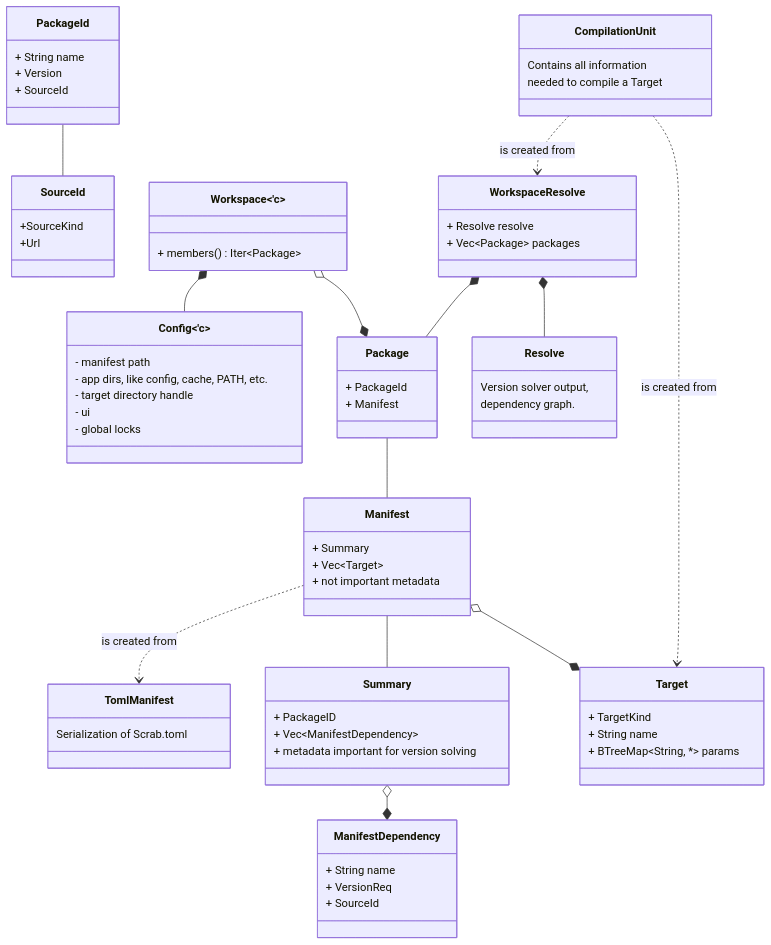
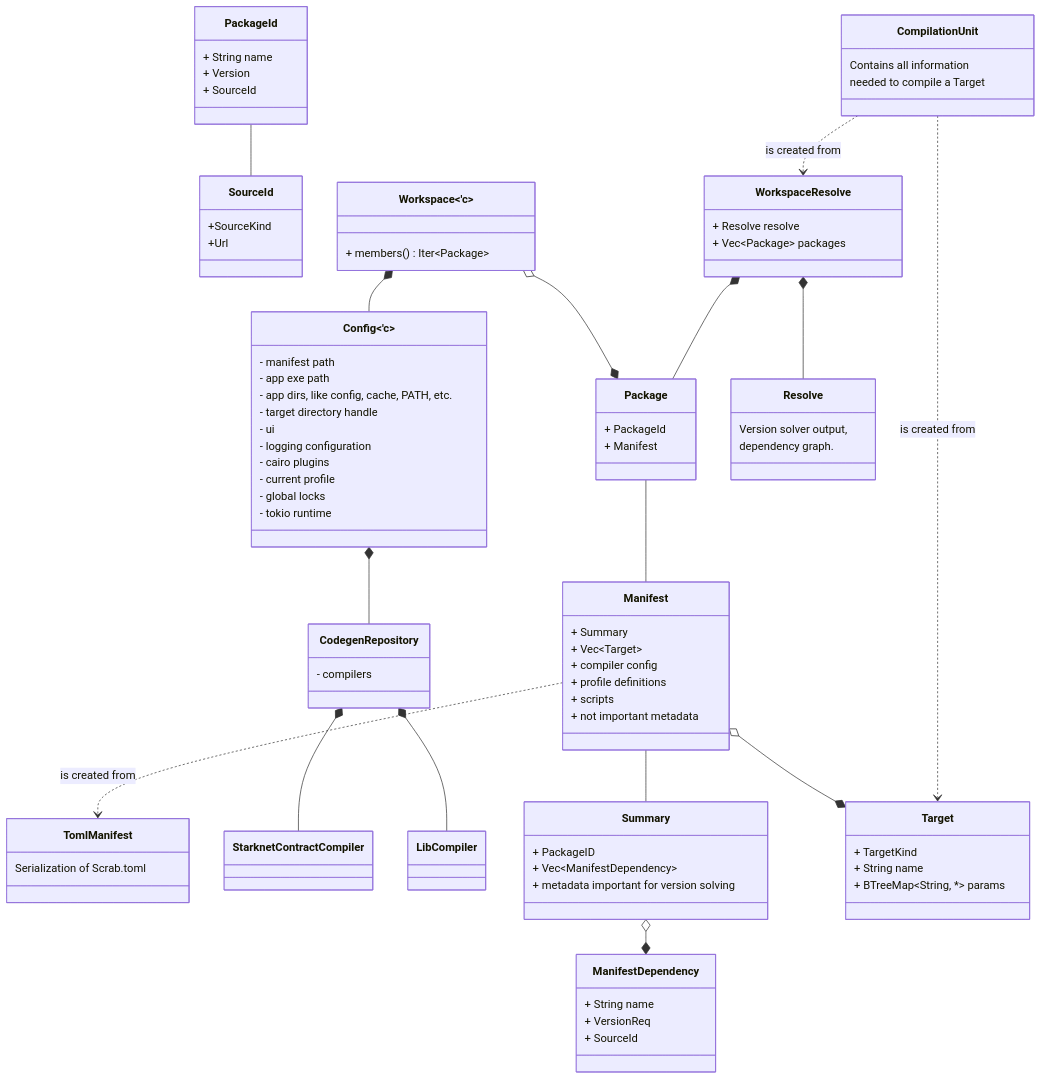
Before and after one commit to software-mansion/scarb: the second of 2 diagrams in ARCHITECTURE.md, drawn with Mermaid. The commit also changed other lines of this file, not shown here.

Commit message:
Update architecture docs

````diff
--- a/ARCHITECTURE.md
+++ b/ARCHITECTURE.md
@@ -58,10 +64,22 @@
     }
     class Config~'c~ {
         - manifest path
+        - app exe path
         - app dirs, like config, cache, PATH, etc.
         - target directory handle
         - ui
+        - logging configuration 
+        - cairo plugins 
+        - current profile
         - global locks
+        - tokio runtime
+    }
+    class CodegenRepository {
+        - compilers
+    }
+    class StarknetContractCompiler {
+    }
+    class LibCompiler {
     }
     class Workspace~'c~ {
         + members() Iter~Package~
@@ -73,6 +91,9 @@
     class Manifest {
         + Summary
         + Vec~Target~
+        + compiler config
+        + profile definitions
+        + scripts
         + not important metadata
     }
     class Summary {
@@ -88,7 +109,7 @@
     class Target {
         + TargetKind
         + String name
-        + BTreeMap~String, *~ params
+        + BTreeMap&lt;String, *> params
     }
     class CompilationUnit {
         Contains all information
@@ -105,6 +126,7 @@
 
     Workspace~'c~ *-- Config~'c~
     Workspace~'c~ o-- * Package
+    Config~'c~ *-- CodegenRepository
     Package -- Manifest
     Manifest -- Summary
     Manifest o-- * Target
@@ -117,4 +139,6 @@
     WorkspaceResolve *-- Package
     CompilationUnit ..> WorkspaceResolve : is created from
     CompilationUnit ..> Target : is created from
+    CodegenRepository *-- StarknetContractCompiler 
+    CodegenRepository *-- LibCompiler 
 ```
````
